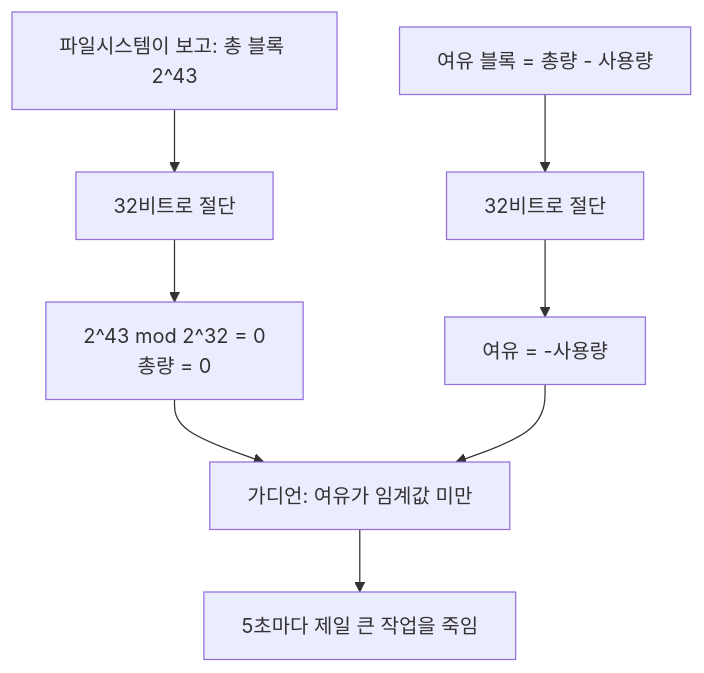
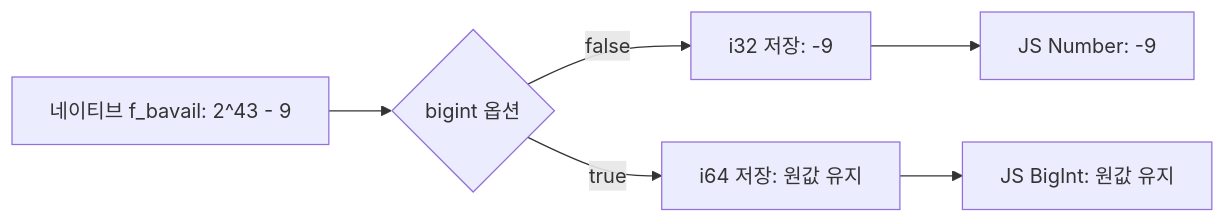
The diagram in src/content/blog/ko/efs-statfs-32bit.md (kukjun/blog), drawn with Mermaid before and after one commit. The commit also changed other lines of this file and 16 other files, not shown here.

````diff
--- a/src/content/blog/ko/efs-statfs-32bit.md
+++ b/src/content/blog/ko/efs-statfs-32bit.md
@@ -72,10 +66,8 @@
 ```mermaid
-flowchart TD
-  A["파일시스템이 보고: 총 블록 2^43"] --> B["32비트로 절단"]
-  B --> C["2^43 mod 2^32 = 0<br/>총량 = 0"]
-  A2["여유 블록 = 총량 - 사용량"] --> B2["32비트로 절단"]
-  B2 --> C2["여유 = -사용량"]
-  C --> D["가디언: 여유가 임계값 미만"]
-  C2 --> D
-  D --> E["5초마다 제일 큰 작업을 죽임"]
+flowchart LR
+    A["네이티브 f_bavail: 2^43 - 9"] --> B{"bigint 옵션"}
+    B -->|false| C["i32 저장: -9"]
+    C --> D["JS Number: -9"]
+    B -->|true| E["i64 저장: 원값 유지"]
+    E --> F["JS BigInt: 원값 유지"]
 ```
````
